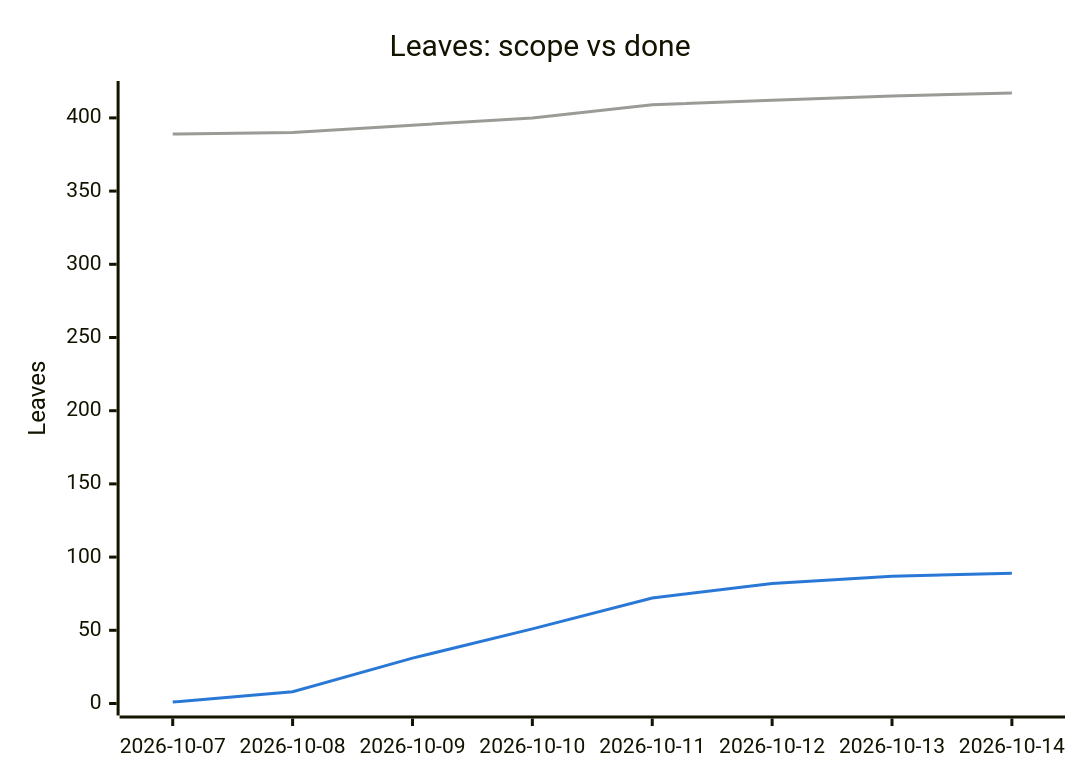
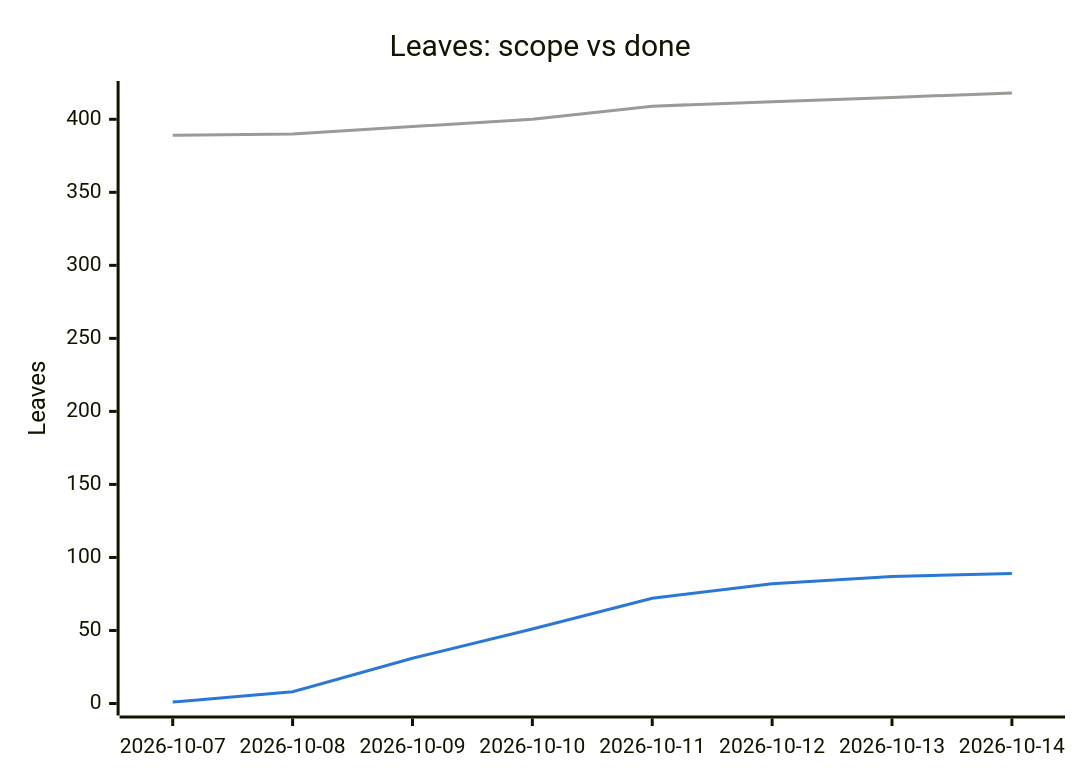
The second of 2 diagrams in PROGRESS.md (tomiok/persiaDB), drawn with Mermaid before and after one commit. The commit also changed other lines of this file and 5 other files, not shown here.

````diff
--- a/PROGRESS.md
+++ b/PROGRESS.md
@@ -110,14 +110,14 @@
 ```mermaid
 ---
 config:
   themeVariables:
     xyChart:
       plotColorPalette: "#9a9a96, #2a78d6"
 ---
 xychart-beta
   title "Leaves: scope vs done"
   x-axis ["2026-10-07", "2026-10-08", "2026-10-09", "2026-10-10", "2026-10-11", "2026-10-12", "2026-10-13", "2026-10-14"]
-  y-axis "Leaves" 0 --> 417
-  line [389, 390, 395, 400, 409, 412, 415, 417]
+  y-axis "Leaves" 0 --> 418
+  line [389, 390, 395, 400, 409, 412, 415, 418]
   line [1, 8, 31, 51, 72, 82, 87, 89]
 ```
````
